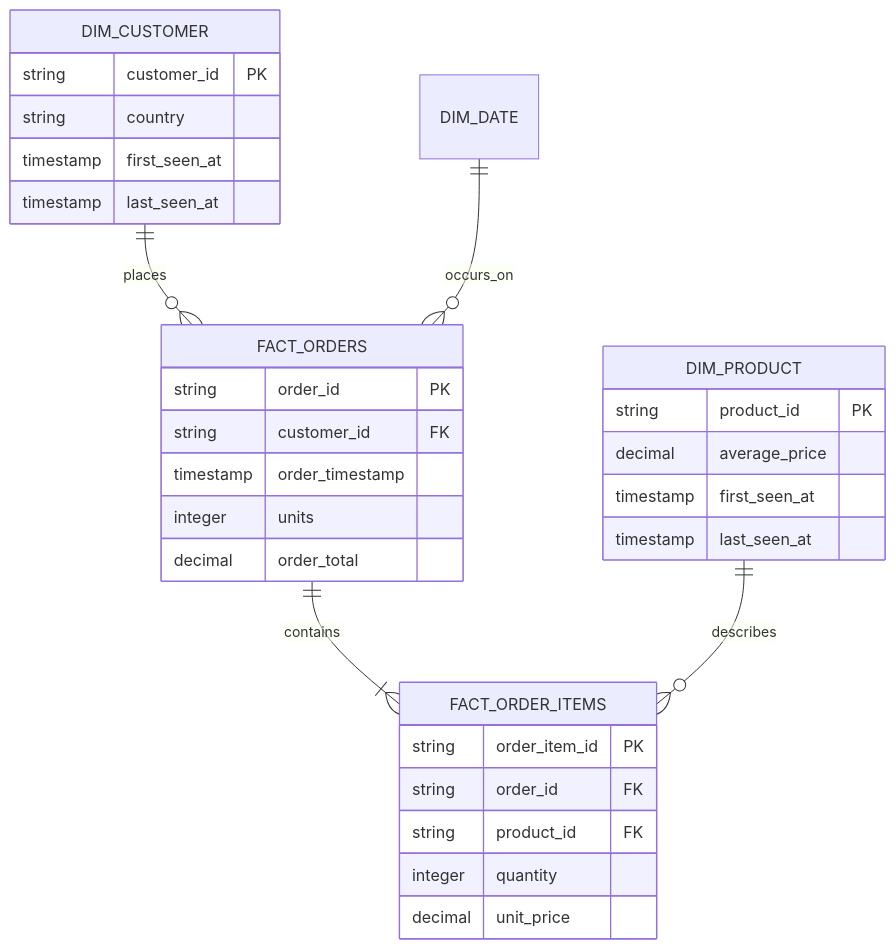
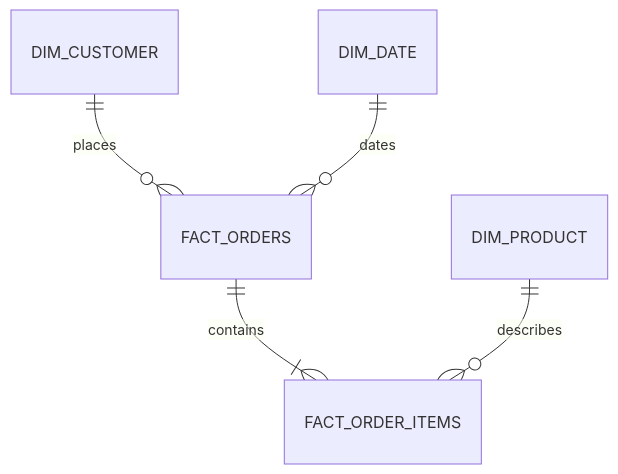
One commit to PK-999/retailpulse changed the third of 3 diagrams in docs/architecture.md. Above: the diagram before and after it, drawn with Mermaid. The commit also changed other lines of this file and 25 other files, not shown here.

````diff
--- a/docs/architecture.md
+++ b/docs/architecture.md
@@ -165,34 +85,7 @@
 ```mermaid
 erDiagram
-    DIM_CUSTOMER ||--o{ FACT_ORDERS : places
-    DIM_DATE ||--o{ FACT_ORDERS : occurs_on
-    FACT_ORDERS ||--|{ FACT_ORDER_ITEMS : contains
-    DIM_PRODUCT ||--o{ FACT_ORDER_ITEMS : describes
-
-    DIM_CUSTOMER {
-        string customer_id PK
-        string country
-        timestamp first_seen_at
-        timestamp last_seen_at
-    }
-    DIM_PRODUCT {
-        string product_id PK
-        decimal average_price
-        timestamp first_seen_at
-        timestamp last_seen_at
-    }
-    FACT_ORDERS {
-        string order_id PK
-        string customer_id FK
-        timestamp order_timestamp
-        integer units
-        decimal order_total
-    }
-    FACT_ORDER_ITEMS {
-        string order_item_id PK
-        string order_id FK
-        string product_id FK
-        integer quantity
-        decimal unit_price
-    }
+  DIM_CUSTOMER ||--o{ FACT_ORDERS : places
+  DIM_DATE ||--o{ FACT_ORDERS : dates
+  FACT_ORDERS ||--|{ FACT_ORDER_ITEMS : contains
+  DIM_PRODUCT ||--o{ FACT_ORDER_ITEMS : describes
 ```
````
